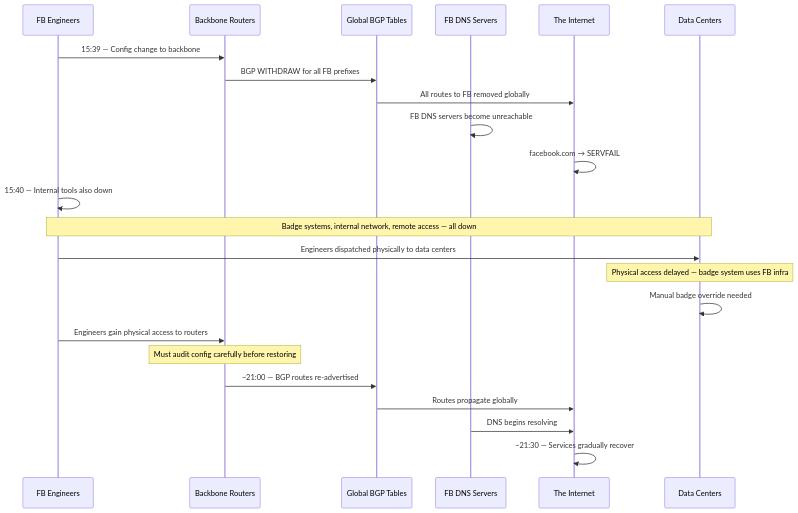
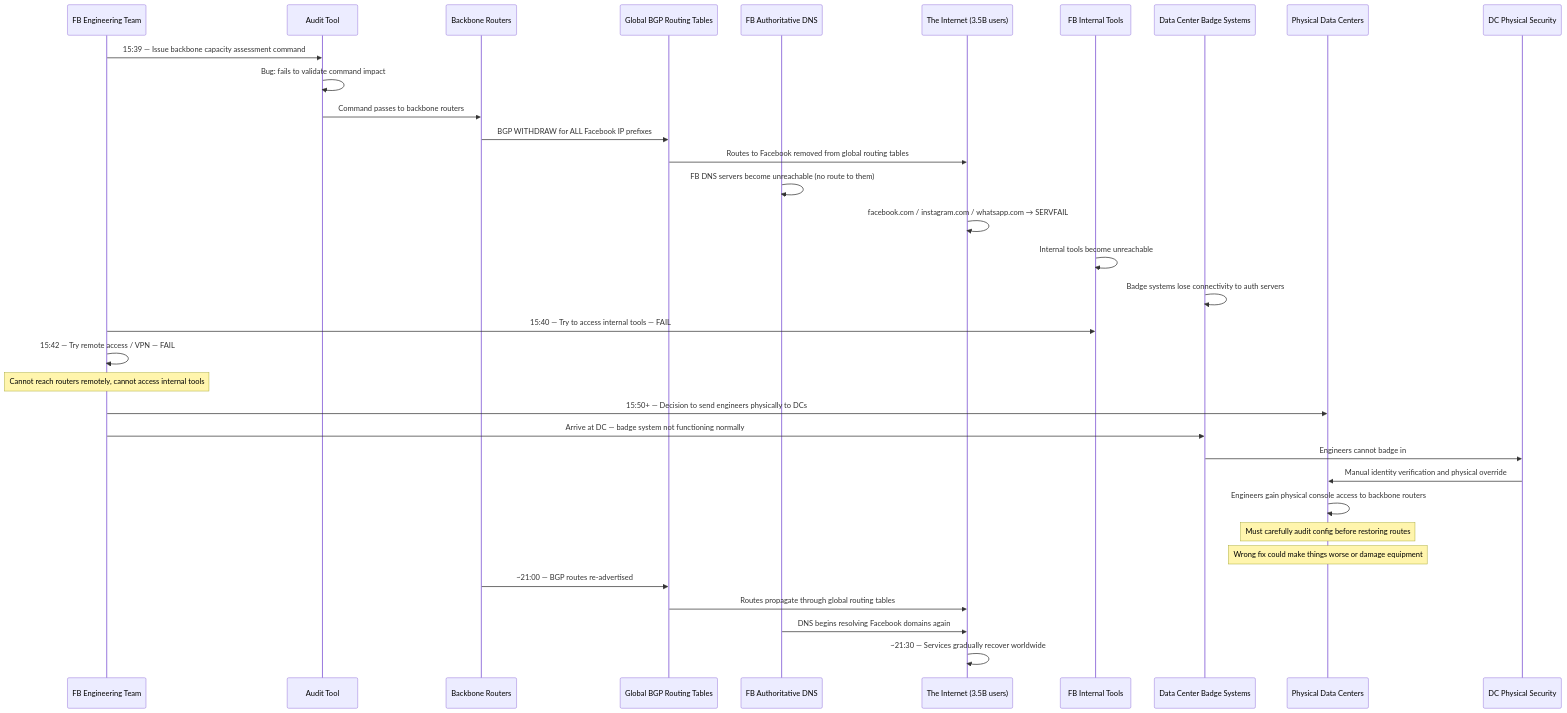
The first of 3 diagrams in docs/war-room/facebook-october-2021.md (ayush-jadaun/knowledge-vault), drawn with Mermaid before and after one commit. The commit also changed other lines of this file and 8 other files, not shown here.

````diff
--- a/docs/war-room/facebook-october-2021.md
+++ b/docs/war-room/facebook-october-2021.md
@@ -38,26 +47,37 @@
 ```mermaid
 sequenceDiagram
-    participant Eng as FB Engineers
+    participant Eng as FB Engineering Team
+    participant Audit as Audit Tool
     participant BB as Backbone Routers
-    participant BGP as Global BGP Tables
-    participant DNS as FB DNS Servers
-    participant World as The Internet
-    participant DC as Data Centers
+    participant BGP as Global BGP Routing Tables
+    participant DNS as FB Authoritative DNS
+    participant World as The Internet (3.5B users)
+    participant Tools as FB Internal Tools
+    participant Badge as Data Center Badge Systems
+    participant DC as Physical Data Centers
+    participant Security as DC Physical Security
 
-    Eng->>BB: 15:39 — Config change to backbone
-    BB->>BGP: BGP WITHDRAW for all FB prefixes
-    BGP->>World: All routes to FB removed globally
-    DNS->>DNS: FB DNS servers become unreachable
-    World->>World: facebook.com → SERVFAIL
-    Eng->>Eng: 15:40 — Internal tools also down
-    Note over Eng,DC: Badge systems, internal network, remote access — all down
-    Eng->>DC: Engineers dispatched physically to data centers
-    Note over DC: Physical access delayed — badge system uses FB infra
-    DC->>DC: Manual badge override needed
-    Eng->>BB: Engineers gain physical access to routers
-    Note over BB: Must audit config carefully before restoring
+    Eng->>Audit: 15:39 — Issue backbone capacity assessment command
+    Audit->>Audit: Bug: fails to validate command impact
+    Audit->>BB: Command passes to backbone routers
+    BB->>BGP: BGP WITHDRAW for ALL Facebook IP prefixes
+    BGP->>World: Routes to Facebook removed from global routing tables
+    DNS->>DNS: FB DNS servers become unreachable (no route to them)
+    World->>World: facebook.com / instagram.com / whatsapp.com → SERVFAIL
+    Tools->>Tools: Internal tools become unreachable
+    Badge->>Badge: Badge systems lose connectivity to auth servers
+    Eng->>Tools: 15:40 — Try to access internal tools — FAIL
+    Eng->>Eng: 15:42 — Try remote access / VPN — FAIL
+    Note over Eng: Cannot reach routers remotely, cannot access internal tools
+    Eng->>DC: 15:50+ — Decision to send engineers physically to DCs
+    Eng->>Badge: Arrive at DC — badge system not functioning normally
+    Badge->>Security: Engineers cannot badge in
+    Security->>DC: Manual identity verification and physical override
+    DC->>DC: Engineers gain physical console access to backbone routers
+    Note over DC: Must carefully audit config before restoring routes
+    Note over DC: Wrong fix could make things worse or damage equipment
     BB->>BGP: ~21:00 — BGP routes re-advertised
-    BGP->>World: Routes propagate globally
-    DNS->>World: DNS begins resolving
-    World->>World: ~21:30 — Services gradually recover
+    BGP->>World: Routes propagate through global routing tables
+    DNS->>World: DNS begins resolving Facebook domains again
+    World->>World: ~21:30 — Services gradually recover worldwide
 ```
````
